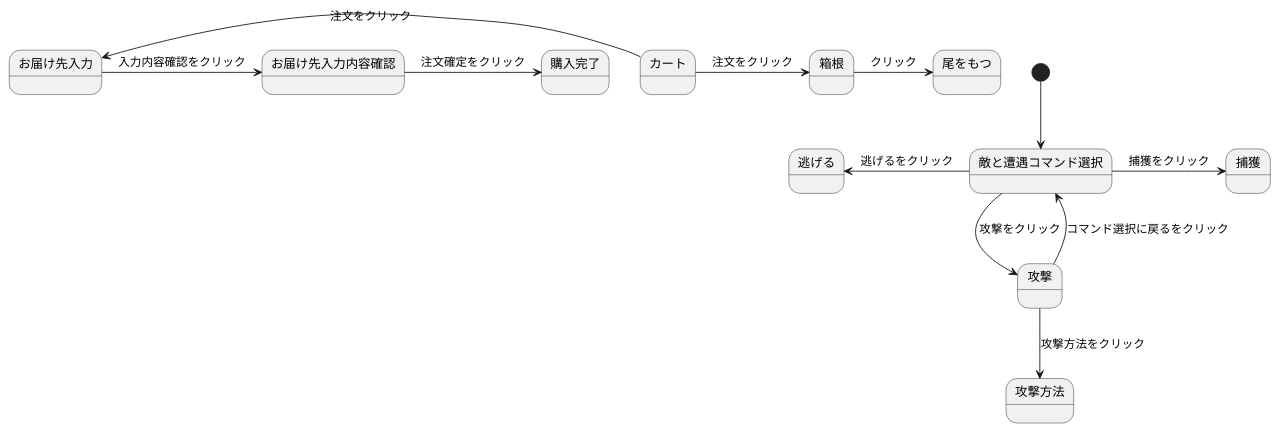
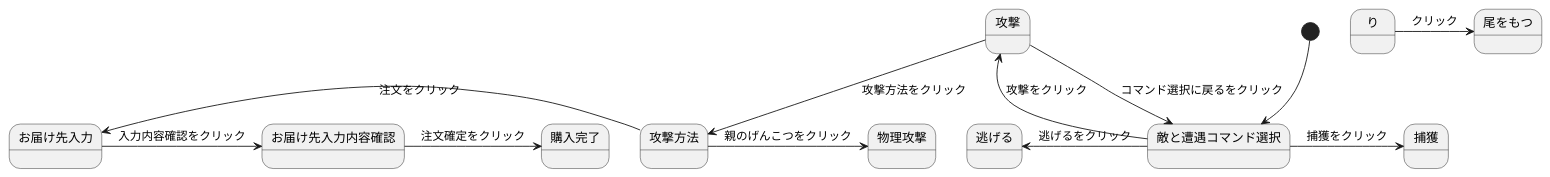
Before and after one commit to Aso2001196/2021sys-design: the diagram in stm01.md, drawn with PlantUML.

````diff
--- a/stm01.md
+++ b/stm01.md
@@ -1,15 +1,15 @@
 ```uml
 @startuml
 [*]--> 敵と遭遇コマンド選択
 敵と遭遇コマンド選択 -> 捕獲 : 捕獲をクリック
 敵と遭遇コマンド選択-left-> 逃げる : 逃げるをクリック
 敵と遭遇コマンド選択--> 攻撃 : 攻撃をクリック
 攻撃 --> 攻撃方法 : 攻撃方法をクリック
 攻撃 --> 敵と遭遇コマンド選択: コマンド選択に戻るをクリック
-カート -> 箱根 : 注文をクリック
-箱根 -> 尾をもつ : クリック
-カート -left-> お届け先入力 : 注文をクリック
+攻撃方法 -> 物理攻撃 : 親のげんこつをクリック
+り -> 尾をもつ : クリック
+攻撃方法 -left-> お届け先入力 : 注文をクリック
 お届け先入力 -> お届け先入力内容確認 : 入力内容確認をクリック
 お届け先入力内容確認 -> 購入完了 : 注文確定をクリック
 @enduml
 ```
````
